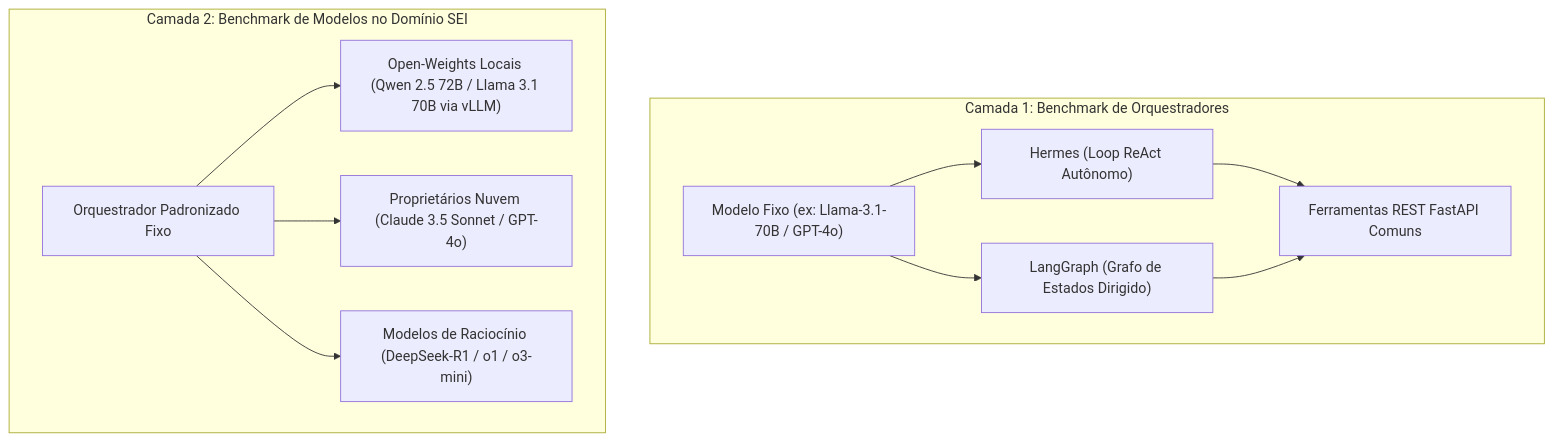
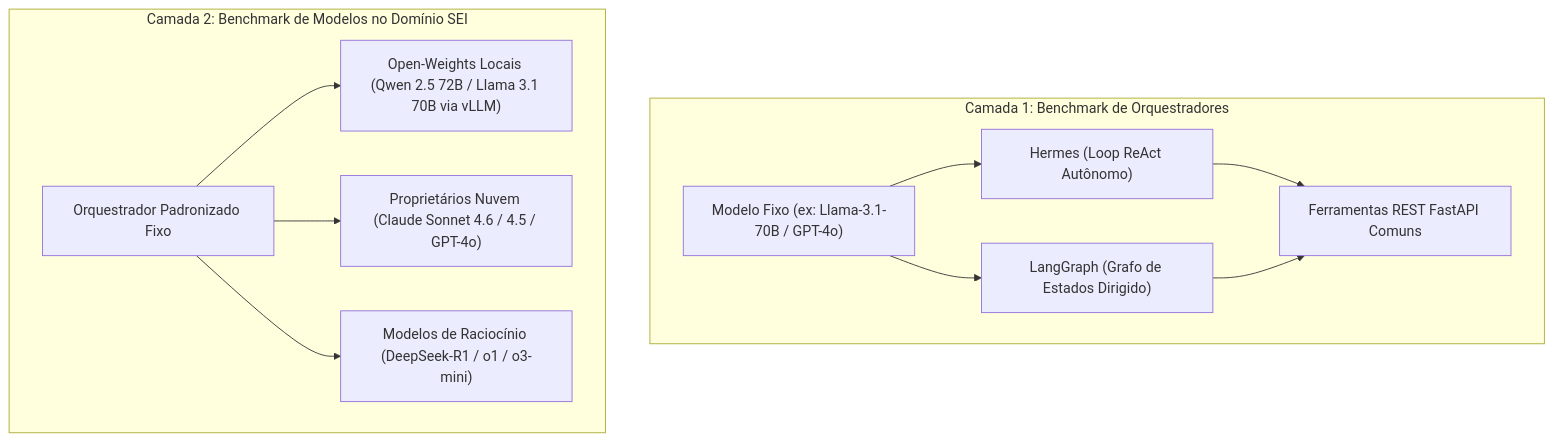
Before and after one commit to CIIA-DF/benchmark-ciia-hermes: the first of 2 diagrams in docs/02-arquitetura/proposta-benchmark-duas-camadas.md, drawn with Mermaid. The commit also changed other lines of this file and 17 other files, not shown here.

````diff
--- a/docs/02-arquitetura/proposta-benchmark-duas-camadas.md
+++ b/docs/02-arquitetura/proposta-benchmark-duas-camadas.md
@@ -20,17 +20,17 @@
 ```mermaid
 flowchart TD
     subgraph C1["Camada 1: Benchmark de Orquestradores"]
         M_FIX["Modelo Fixo (ex: Llama-3.1-70B / GPT-4o)"]
         M_FIX --> H_EXEC["Hermes (Loop ReAct Autônomo)"]
         M_FIX --> L_EXEC["LangGraph (Grafo de Estados Dirigido)"]
         H_EXEC --> API_COMMON["Ferramentas REST FastAPI Comuns"]
         L_EXEC --> API_COMMON
     end
 
     subgraph C2["Camada 2: Benchmark de Modelos no Domínio SEI"]
         O_FIX["Orquestrador Padronizado Fixo"]
         O_FIX --> M_OPEN["Open-Weights Locais (Qwen 2.5 72B / Llama 3.1 70B via vLLM)"]
-        O_FIX --> M_PROP["Proprietários Nuvem (Claude 3.5 Sonnet / GPT-4o)"]
+        O_FIX --> M_PROP["Proprietários Nuvem (Claude Sonnet 4.6 / 4.5 / GPT-4o)"]
         O_FIX --> M_REAS["Modelos de Raciocínio (DeepSeek-R1 / o1 / o3-mini)"]
     end
 ```
````
